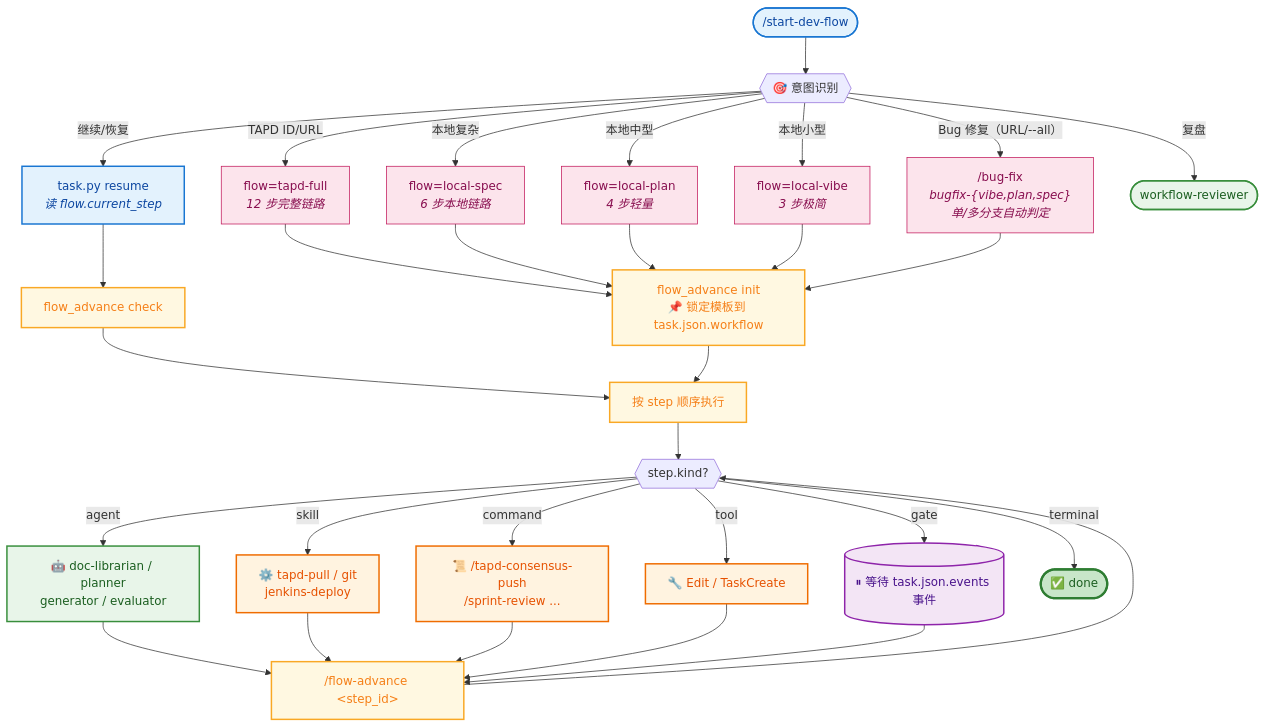
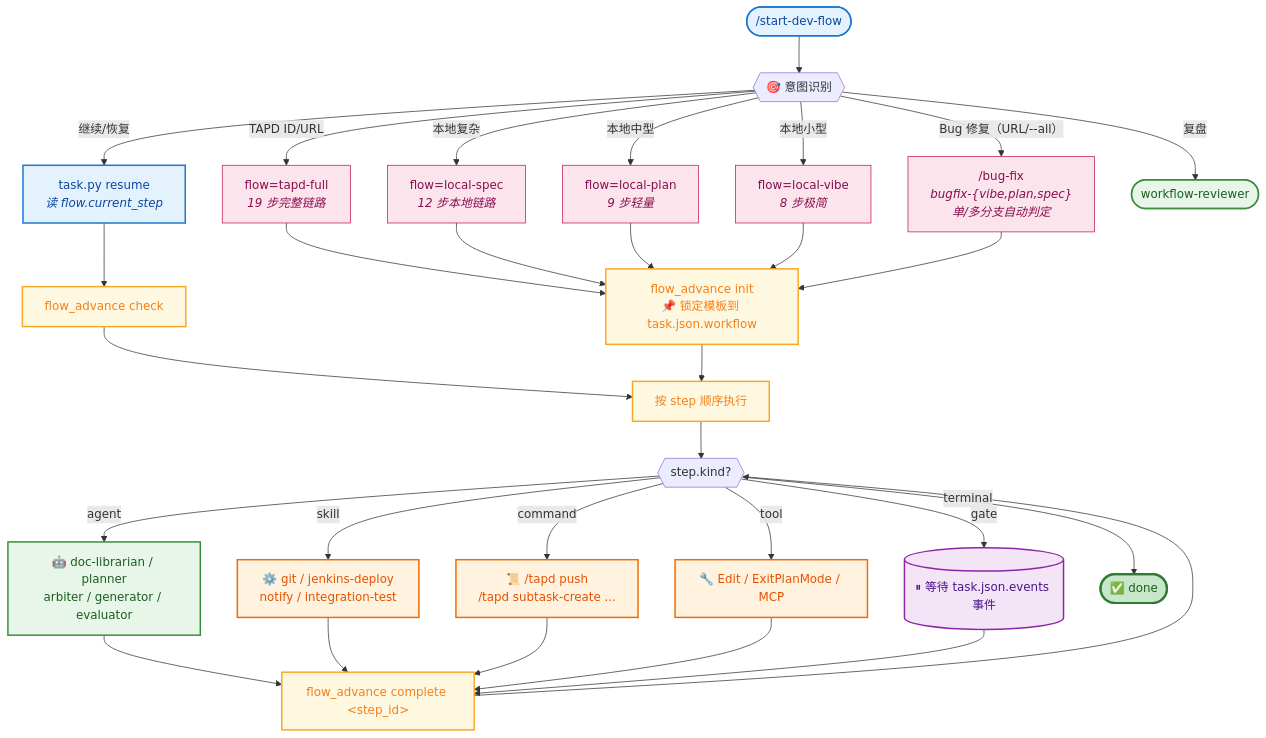
One commit to dd-xiaozhi/dev-agent-flow changed the first of 14 diagrams in README.md. Above: the diagram before and after it, drawn with Mermaid. The commit also changed other lines of this file and 2 other files, not shown here.

Commit message:
docs: README 全量刷新对齐当前实现(arbiter+registry+19步tapd-full+23事件+hooks) + doc-librarian/notify 规则微调

````diff
--- a/README.md
+++ b/README.md
@@ -13,46 +13,46 @@
 ```mermaid
 flowchart TD
     START(["/start-dev-flow"]) --> 识别{{"🎯 意图识别"}}
 
-    识别 -->|TAPD ID/URL| F1["flow=tapd-full<br/><i>12 步完整链路</i>"]
-    识别 -->|本地复杂| F2["flow=local-spec<br/><i>6 步本地链路</i>"]
-    识别 -->|本地中型| F3["flow=local-plan<br/><i>4 步轻量</i>"]
-    识别 -->|本地小型| F4["flow=local-vibe<br/><i>3 步极简</i>"]
+    识别 -->|TAPD ID/URL| F1["flow=tapd-full<br/><i>19 步完整链路</i>"]
+    识别 -->|本地复杂| F2["flow=local-spec<br/><i>12 步本地链路</i>"]
+    识别 -->|本地中型| F3["flow=local-plan<br/><i>9 步轻量</i>"]
+    识别 -->|本地小型| F4["flow=local-vibe<br/><i>8 步极简</i>"]
     识别 -->|"Bug 修复（URL/--all）"| BF["/bug-fix<br/><i>bugfix-{vibe,plan,spec}</i><br/><i>单/多分支自动判定</i>"]
     识别 -->|继续/恢复| RES["task.py resume<br/><i>读 flow.current_step</i>"]
     识别 -->|复盘| REV([workflow-reviewer])
 
     F1 & F2 & F3 & F4 & BF --> INIT["flow_advance init<br/>📌 锁定模板到 task.json.workflow"]
     RES --> CHECK["flow_advance check"]
     CHECK --> EXEC
 
     INIT --> EXEC["按 step 顺序执行"]
     EXEC --> KIND{{"step.kind?"}}
 
-    KIND -->|agent| KA["🤖 doc-librarian / planner<br/>generator / evaluator"]
-    KIND -->|skill| KS["⚙️ tapd-pull / git<br/>jenkins-deploy"]
-    KIND -->|command| KC["📜 /tapd-consensus-push<br/>/sprint-review ..."]
-    KIND -->|tool| KT["🔧 Edit / TaskCreate"]
+    KIND -->|agent| KA["🤖 doc-librarian / planner<br/>arbiter / generator / evaluator"]
+    KIND -->|skill| KS["⚙️ git / jenkins-deploy<br/>notify / integration-test"]
+    KIND -->|command| KC["📜 /tapd push<br/>/tapd subtask-create ..."]
+    KIND -->|tool| KT["🔧 Edit / ExitPlanMode / MCP"]
     KIND -->|gate| KG[("⏸ 等待 task.json.events 事件")]
     KIND -->|terminal| END(["✅ done"])
 
-    KA & KS & KC & KT & KG --> ADV["/flow-advance &lt;step_id&gt;"]
+    KA & KS & KC & KT & KG --> ADV["flow_advance complete &lt;step_id&gt;"]
     ADV --> KIND
 
     classDef entry fill:#e3f2fd,stroke:#1976d2,stroke-width:2px,color:#0d47a1
     classDef ctrl fill:#fff8e1,stroke:#f9a825,stroke-width:2px,color:#f57f17
     classDef agent fill:#e8f5e9,stroke:#388e3c,stroke-width:2px,color:#1b5e20
     classDef skill fill:#fff3e0,stroke:#ef6c00,stroke-width:2px,color:#e65100
     classDef gate fill:#f3e5f5,stroke:#8e24aa,stroke-width:2px,color:#4a148c
     classDef done fill:#c8e6c9,stroke:#2e7d32,stroke-width:3px,color:#1b5e20
     classDef tpl fill:#fce4ec,stroke:#c2185b,stroke-width:1px,color:#880e4f
 
     class START,RES entry
     class INIT,CHECK,EXEC,ADV ctrl
     class KA agent
     class KS,KC,KT skill
     class KG gate
     class END done
     class F1,F2,F3,F4,BF tpl
     class REV agent
 ```
````
